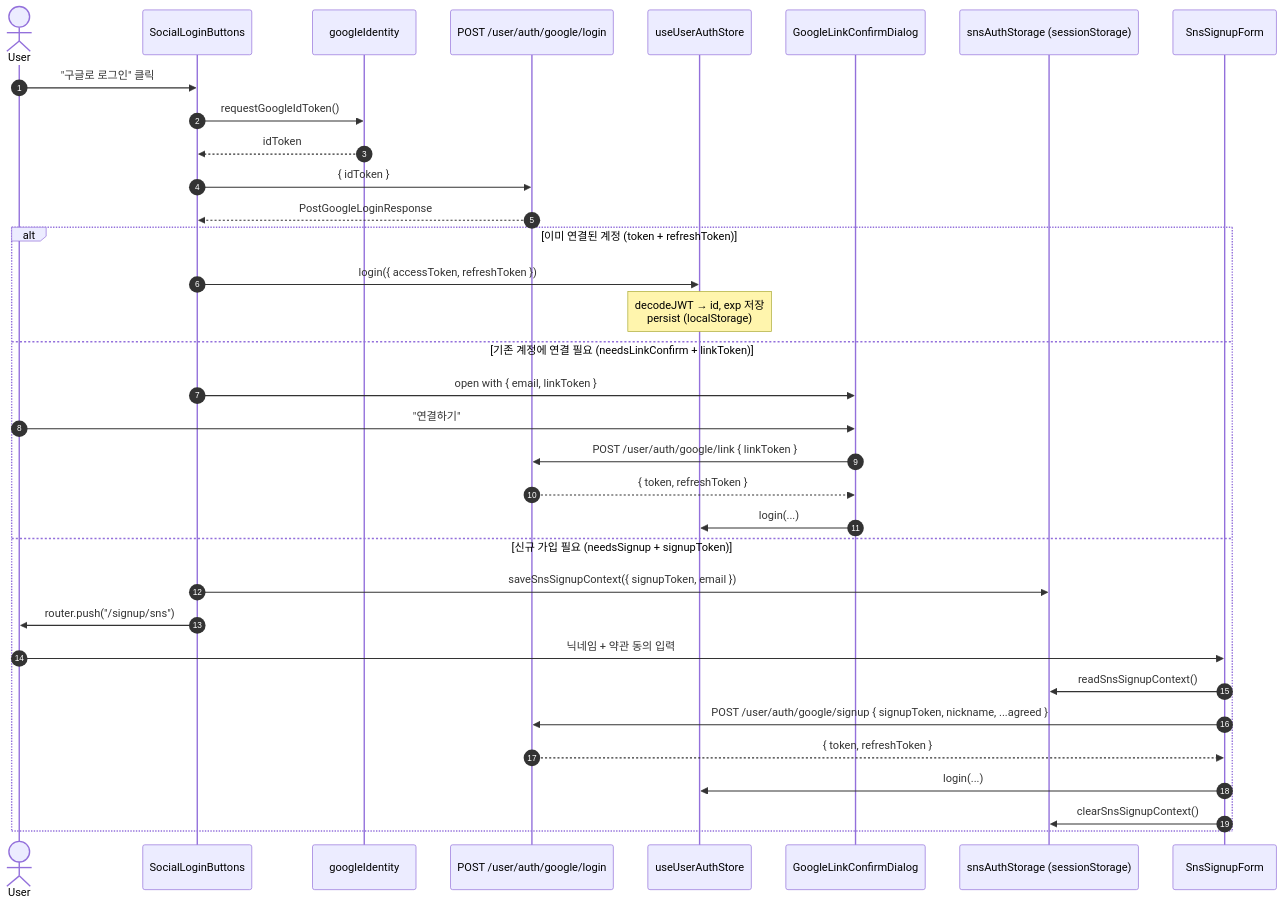
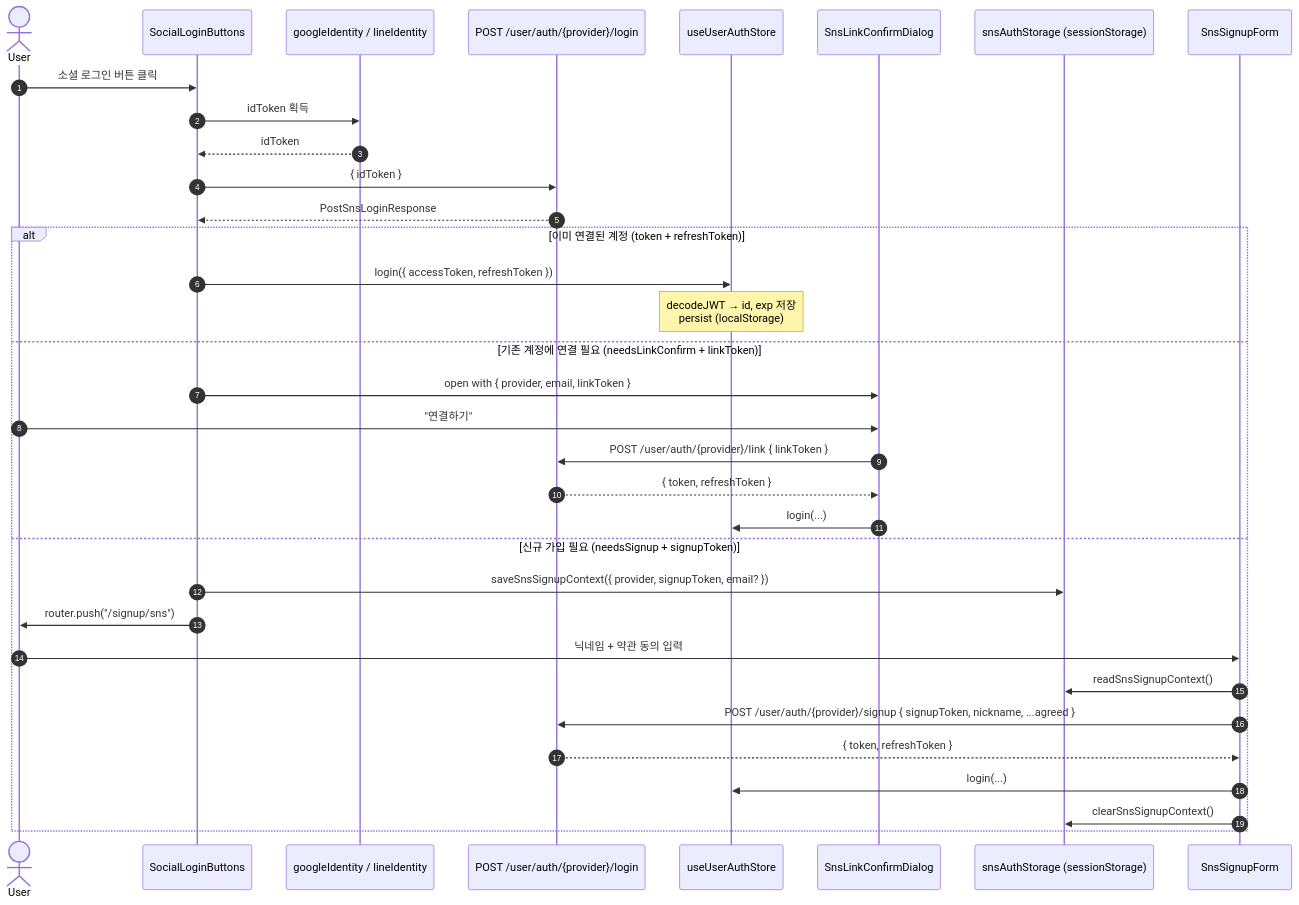
One commit to SeoulMomentTech/seoul-moment-fe changed the diagram in .claude/references/sns-auth-flow.md. Above: the diagram before and after it, drawn with Mermaid. The commit also changed other lines of this file and 10 other files, not shown here.

First line of the commit message:
feat(web): wire up LINE login UI on top of the SNS auth flow

````diff
--- a/.claude/references/sns-auth-flow.md
+++ b/.claude/references/sns-auth-flow.md
@@ -17,38 +31,38 @@
 ```mermaid
 sequenceDiagram
     autonumber
     actor U as User
     participant SB as SocialLoginButtons
-    participant GI as googleIdentity
-    participant API as POST /user/auth/google/login
+    participant ID as googleIdentity / lineIdentity
+    participant API as POST /user/auth/{provider}/login
     participant Store as useUserAuthStore
-    participant Dlg as GoogleLinkConfirmDialog
+    participant Dlg as SnsLinkConfirmDialog
     participant SS as snsAuthStorage (sessionStorage)
     participant Form as SnsSignupForm
 
-    U->>SB: "구글로 로그인" 클릭
-    SB->>GI: requestGoogleIdToken()
-    GI-->>SB: idToken
+    U->>SB: 소셜 로그인 버튼 클릭
+    SB->>ID: idToken 획득
+    ID-->>SB: idToken
     SB->>API: { idToken }
-    API-->>SB: PostGoogleLoginResponse
+    API-->>SB: PostSnsLoginResponse
 
     alt 이미 연결된 계정 (token + refreshToken)
         SB->>Store: login({ accessToken, refreshToken })
         Note over Store: decodeJWT → id, exp 저장<br/>persist (localStorage)
     else 기존 계정에 연결 필요 (needsLinkConfirm + linkToken)
-        SB->>Dlg: open with { email, linkToken }
+        SB->>Dlg: open with { provider, email, linkToken }
         U->>Dlg: "연결하기"
-        Dlg->>API: POST /user/auth/google/link { linkToken }
+        Dlg->>API: POST /user/auth/{provider}/link { linkToken }
         API-->>Dlg: { token, refreshToken }
         Dlg->>Store: login(...)
     else 신규 가입 필요 (needsSignup + signupToken)
-        SB->>SS: saveSnsSignupContext({ signupToken, email })
+        SB->>SS: saveSnsSignupContext({ provider, signupToken, email? })
         SB->>U: router.push("/signup/sns")
         U->>Form: 닉네임 + 약관 동의 입력
         Form->>SS: readSnsSignupContext()
-        Form->>API: POST /user/auth/google/signup { signupToken, nickname, ...agreed }
+        Form->>API: POST /user/auth/{provider}/signup { signupToken, nickname, ...agreed }
         API-->>Form: { token, refreshToken }
         Form->>Store: login(...)
         Form->>SS: clearSnsSignupContext()
     end
 ```
````
